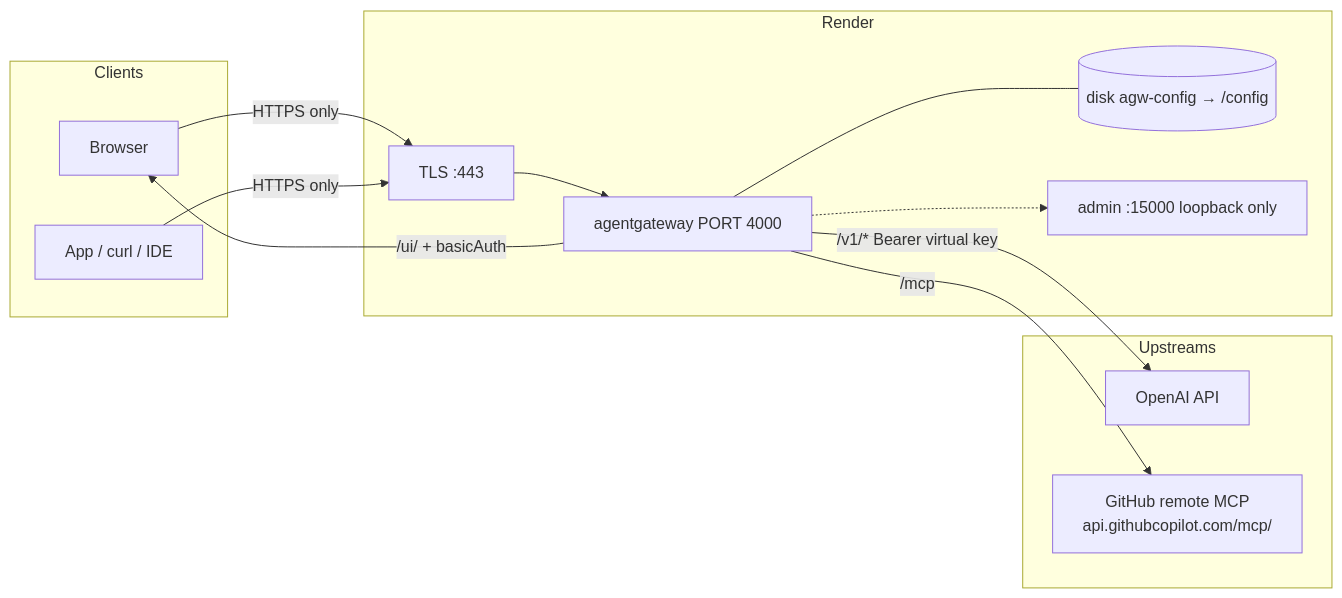
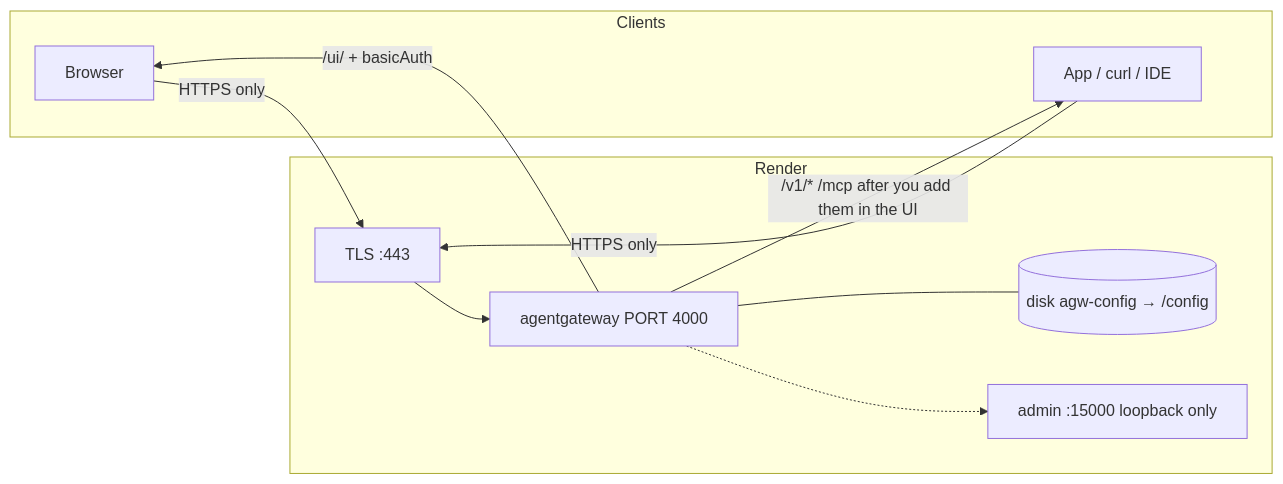
The diagram in examples/render-deploy/README.md (agentgateway/agentgateway), drawn with Mermaid before and after one commit. The commit also changed other lines of this file and 5 other files, not shown here.

````diff
--- a/examples/render-deploy/README.md
+++ b/examples/render-deploy/README.md
@@ -24,28 +24,22 @@
 ```mermaid
 flowchart LR
   subgraph clients [Clients]
     Browser[Browser]
     App[App / curl / IDE]
   end
 
   subgraph render [Render]
     TLS["TLS :443"]
     GW["agentgateway PORT 4000"]
     Disk[("disk agw-config → /config")]
     Admin["admin :15000 loopback only"]
   end
 
-  subgraph upstreams [Upstreams]
-    OpenAI[OpenAI API]
-    GH["GitHub remote MCP<br/>api.githubcopilot.com/mcp/"]
-  end
-
   Browser -->|HTTPS only| TLS
   App -->|HTTPS only| TLS
   TLS --> GW
   GW -->|"/ui/ + basicAuth"| Browser
-  GW -->|"/v1/* Bearer virtual key"| OpenAI
-  GW -->|"/mcp"| GH
+  GW -->|"/v1/* /mcp after you add them in the UI"| App
   GW --- Disk
   GW -.-> Admin
 ```
````
